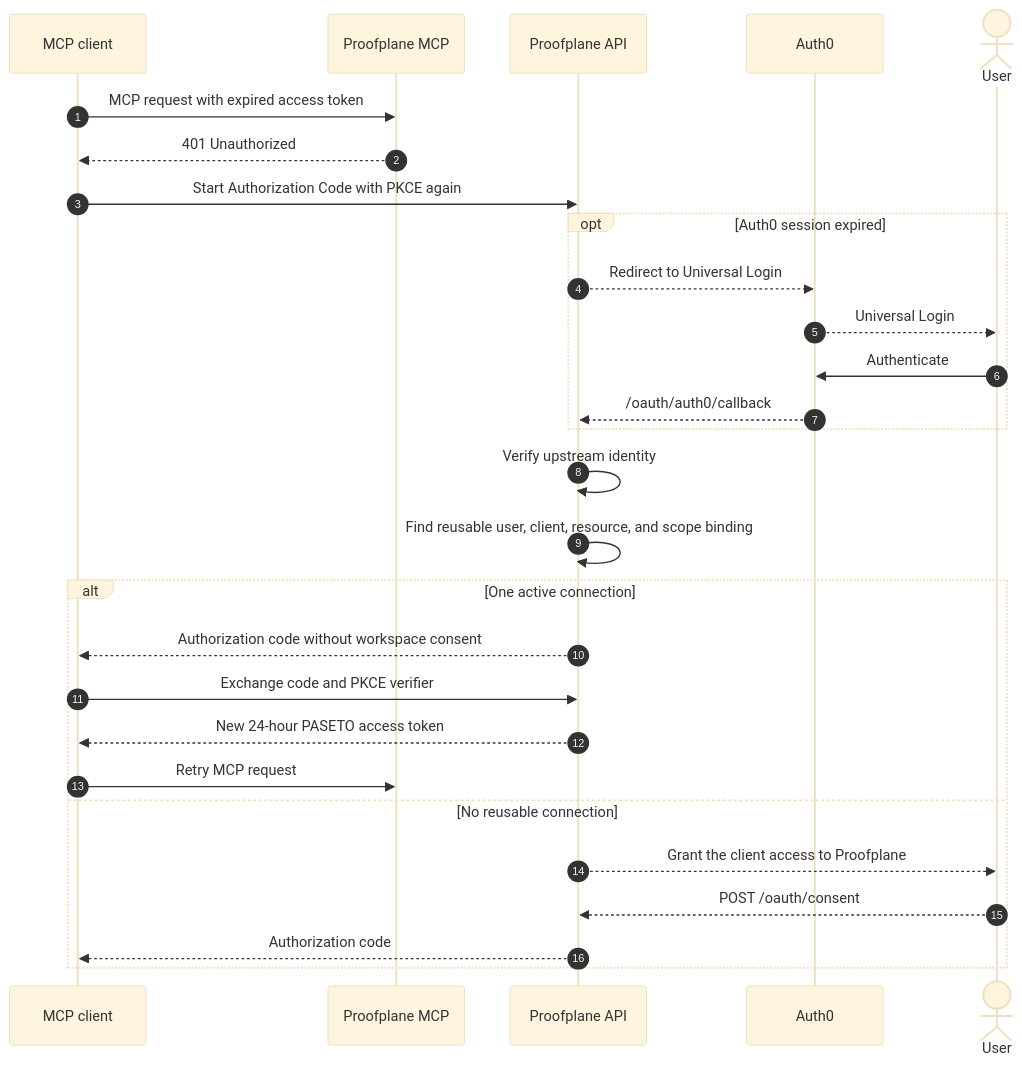
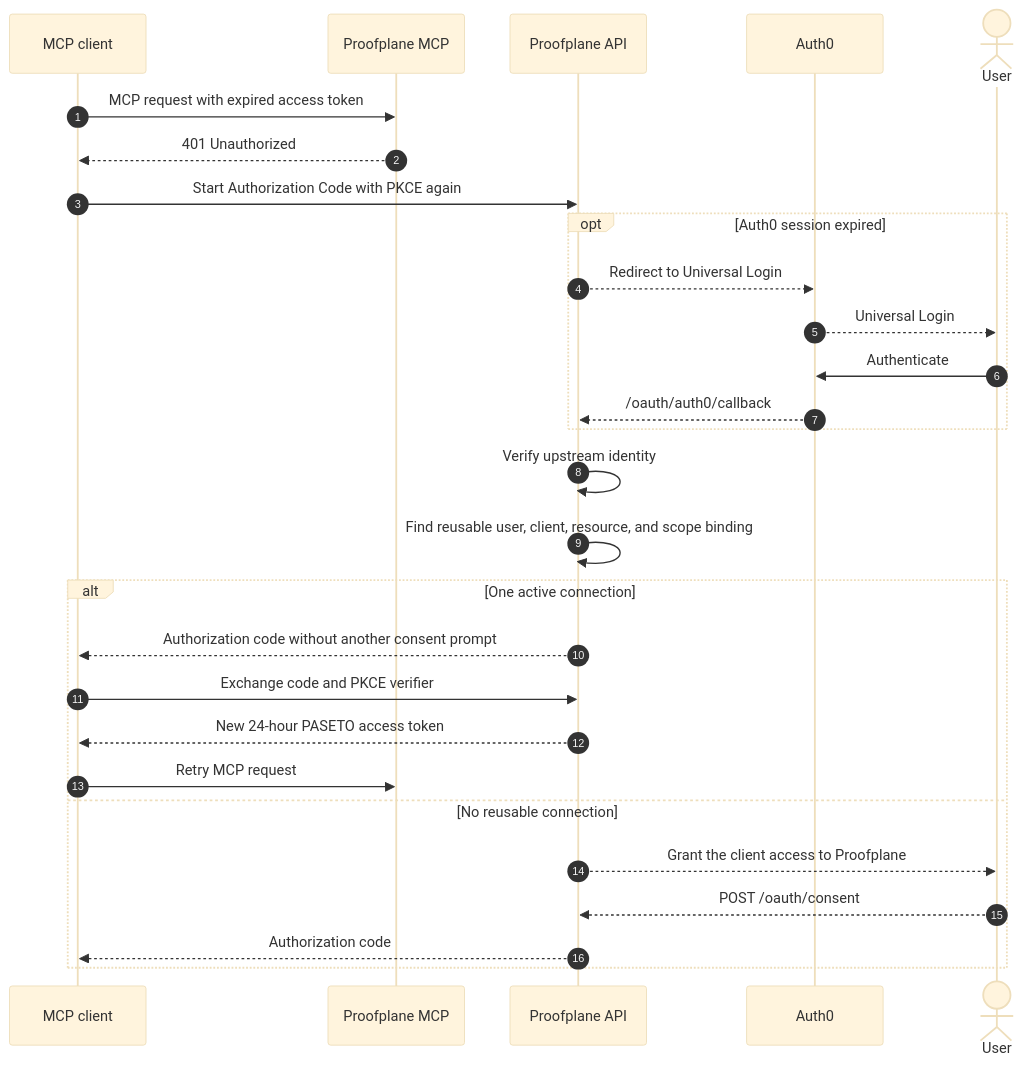
Before and after one commit to proofplane/proofplane: the fourth of 4 diagrams in docs/epics/agent-connector-onboarding/spec.md, drawn with Mermaid (base theme). The commit also changed other lines of this file and 8 other files, not shown here.

````diff
--- a/docs/epics/agent-connector-onboarding/spec.md
+++ b/docs/epics/agent-connector-onboarding/spec.md
@@ -510,34 +495,34 @@
 ```mermaid
 sequenceDiagram
     autonumber
     participant C as MCP client
     participant M as Proofplane MCP
     participant P as Proofplane API
     participant I as Auth0
     actor U as User
 
     C->>M: MCP request with expired access token
     M-->>C: 401 Unauthorized
     C->>P: Start Authorization Code with PKCE again
 
     opt Auth0 session expired
         P-->>I: Redirect to Universal Login
         I-->>U: Universal Login
         U->>I: Authenticate
         I-->>P: /oauth/auth0/callback
     end
 
     P->>P: Verify upstream identity
     P->>P: Find reusable user, client, resource, and scope binding
 
     alt One active connection
-        P-->>C: Authorization code without workspace consent
+        P-->>C: Authorization code without another consent prompt
         C->>P: Exchange code and PKCE verifier
         P-->>C: New 24-hour PASETO access token
         C->>M: Retry MCP request
     else No reusable connection
         P-->>U: Grant the client access to Proofplane
         U-->>P: POST /oauth/consent
         P-->>C: Authorization code
     end
 ```
````
